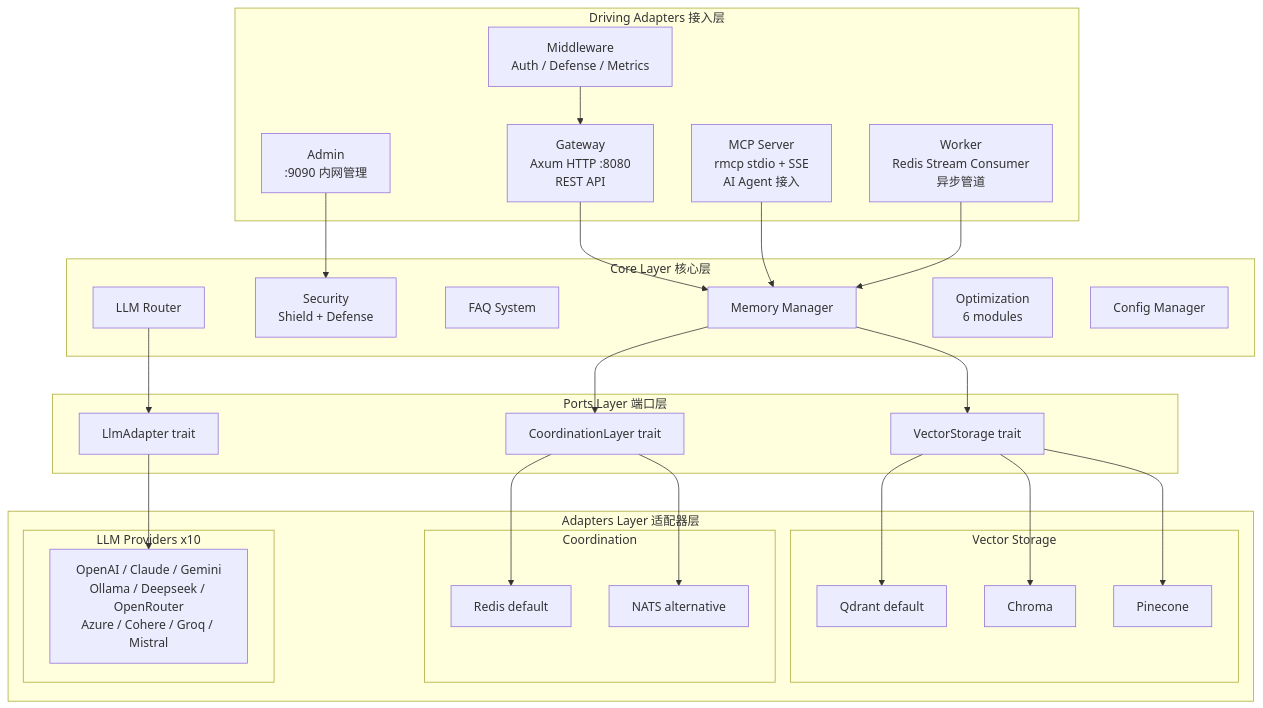
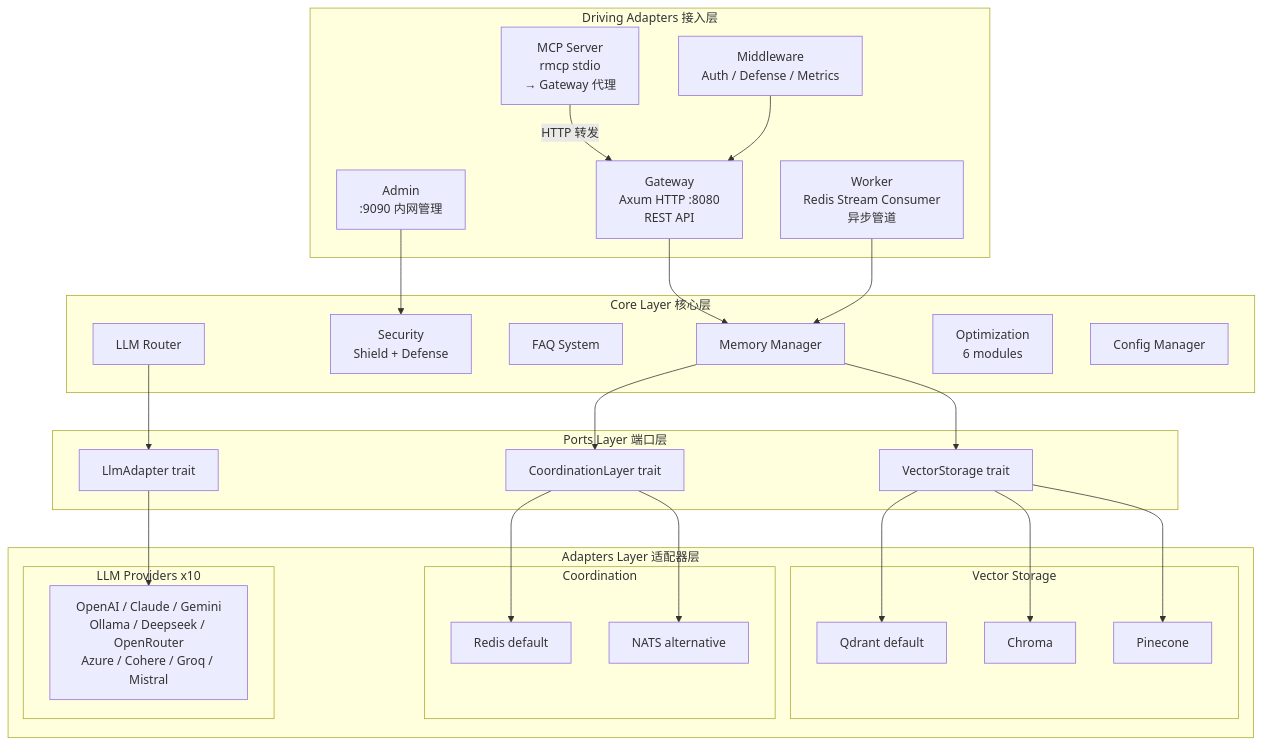
One commit to TelivANT/memoryos-rust changed the first of 12 diagrams in docs/ARCHITECTURE.md. Above: the diagram before and after it, drawn with Mermaid. The commit also changed other lines of this file and 7 other files, not shown here.

````diff
--- a/docs/ARCHITECTURE.md
+++ b/docs/ARCHITECTURE.md
@@ -8,55 +8,55 @@
 ```mermaid
 graph TB
     subgraph "Driving Adapters 接入层"
         GW["Gateway<br/>Axum HTTP :8080<br/>REST API"]
-        MCP["MCP Server<br/>rmcp stdio + SSE<br/>AI Agent 接入"]
+        MCP["MCP Server<br/>rmcp stdio<br/>→ Gateway 代理"]
         WK["Worker<br/>Redis Stream Consumer<br/>异步管道"]
         MW["Middleware<br/>Auth / Defense / Metrics"]
         ADM["Admin<br/>:9090 内网管理"]
     end
 
     subgraph "Core Layer 核心层"
         MM["Memory Manager"]
         SEC["Security<br/>Shield + Defense"]
         FAQ["FAQ System"]
         LLM["LLM Router"]
         OPT["Optimization<br/>6 modules"]
         CFG["Config Manager"]
     end
 
     subgraph "Ports Layer 端口层"
         VS["VectorStorage trait"]
         CL["CoordinationLayer trait"]
         LA["LlmAdapter trait"]
     end
 
     subgraph "Adapters Layer 适配器层"
         subgraph "Vector Storage"
             QD["Qdrant default"]
             CH["Chroma"]
             PC["Pinecone"]
         end
         subgraph "Coordination"
             RD["Redis default"]
             NT["NATS alternative"]
         end
         subgraph "LLM Providers x10"
             OP["OpenAI / Claude / Gemini<br/>Ollama / Deepseek / OpenRouter<br/>Azure / Cohere / Groq / Mistral"]
         end
     end
 
     GW --> MM
-    MCP --> MM
+    MCP -->|"HTTP 转发"| GW
     WK --> MM
     MW --> GW
     ADM --> SEC
     MM --> VS
     MM --> CL
     LLM --> LA
     VS --> QD
     VS --> CH
     VS --> PC
     CL --> RD
     CL --> NT
     LA --> OP
 ```
````
